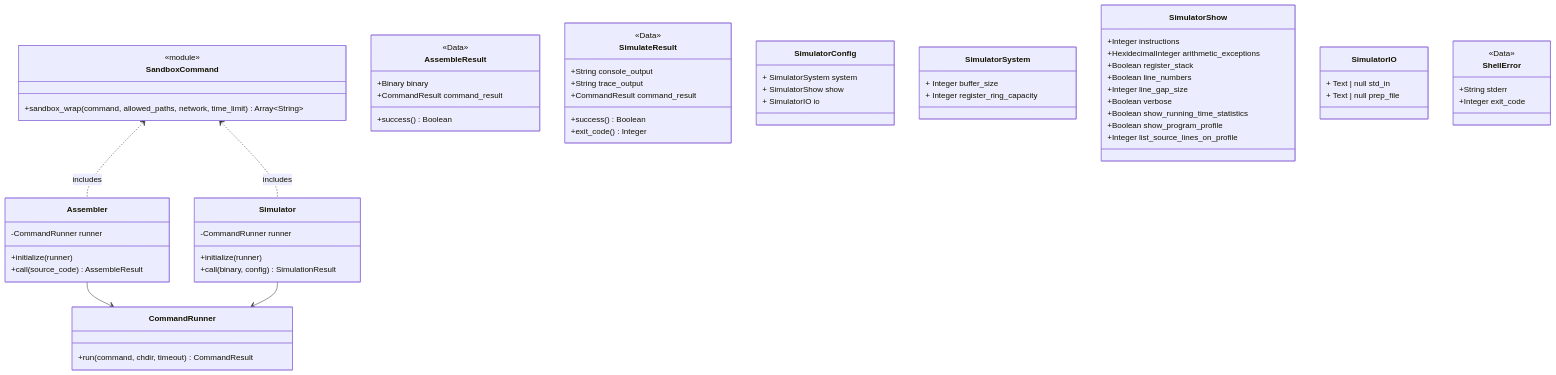
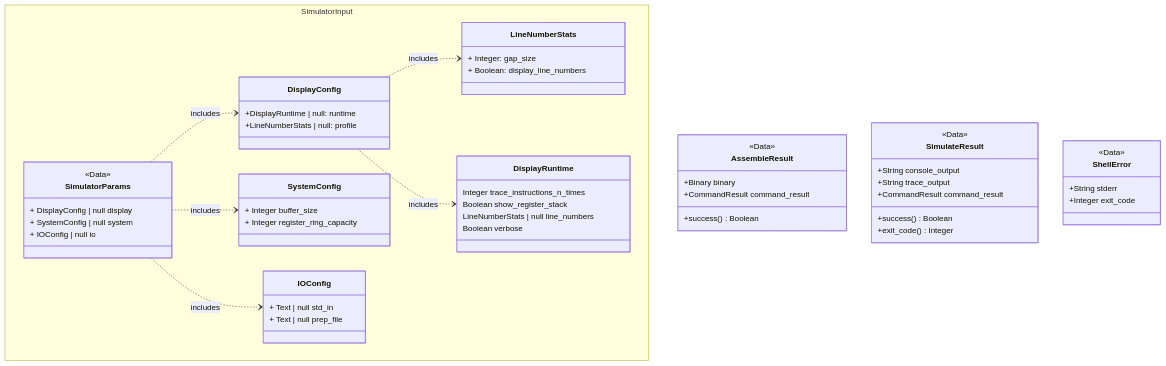
The second of 6 diagrams in docs/service_architecture.md (Wirt4/mmix-simulator), drawn with Mermaid before and after one commit.

Commit message:
split class diagrams for readibility

````diff
--- a/docs/service_architecture.md
+++ b/docs/service_architecture.md
@@ -13,80 +45,70 @@
 ```mermaid
 classDiagram
 direction TB
-    class SandboxCommand {
-	    +sandbox_wrap(command, allowed_paths, network, time_limit) Array~String~
+	namespace SimulatorInput{
+
+	class SimulatorParams {
+		+ DisplayConfig | null display
+		+ SystemConfig | null system
+		+ IOConfig | null io
     }
 
+    class SystemConfig {
+	    + Integer buffer_size
+        + Integer register_ring_capacity
+	}
+
+    class DisplayConfig {
+		+DisplayRuntime | null: runtime
+		+LineNumberStats | null: profile
+    }
+
+	class IOConfig{
+		+ Text | null std_in
+		+ Text | null prep_file
+	}
+
+	class DisplayRuntime{
+		Integer trace_instructions_n_times
+		Boolean show_register_stack
+		LineNumberStats | null line_numbers
+		Boolean verbose
+	}
+
+	class LineNumberStats{
+		+ Integer: gap_size
+		+ Boolean: display_line_numbers
+	}
+} 
     class AssembleResult {
 	    +Binary binary
 	    +CommandResult command_result
 	    +success() Boolean
     }
 
-    class SimulateResult {
+ class SimulateResult {
 	    +String console_output
 	    +String trace_output
 	    +CommandResult command_result
 	    +success() Boolean
 	    +exit_code() Integer
     }
 
-    class CommandRunner {
-	    +run(command, chdir, timeout) CommandResult
-    }
 
-    class Assembler {
-	    -CommandRunner runner
-	    +initialize(runner)
-	    +call(source_code) AssembleResult
-    }
-
-    class Simulator {
-	    -CommandRunner runner
-	    +initialize(runner)
-	    +call(binary, config) SimulationResult
-    }
-
-	class SimulatorConfig {
-		+ SimulatorSystem system
-		+ SimulatorShow show
-		+ SimulatorIO io
-    }
-
-    class SimulatorSystem {
-	    + Integer buffer_size
-        + Integer register_ring_capacity
-	}
-
-    class SimulatorShow {
-		+Integer instructions
-        +HexidecimalInteger arithmetic_exceptions
-        +Boolean register_stack
-		+Boolean line_numbers
-		+Integer line_gap_size
-		+Boolean verbose
-        +Boolean show_running_time_statistics
-		+Boolean show_program_profile
-        +Integer list_source_lines_on_profile
-    }
-
-	class SimulatorIO{
-		+ Text | null std_in
-		+ Text | null prep_file
-	}
-   
     class ShellError {
 	    +String stderr
 	    +Integer exit_code
     }
 
 	<<Data>>   ShellError
-	<<module>> SandboxCommand
 	<<Data>> AssembleResult
 	<<Data>> SimulateResult
+	<<Data>> SimulatorParams
 
-    Assembler --> CommandRunner
-    Simulator --> CommandRunner
-    SandboxCommand <.. Assembler : includes
-    SandboxCommand <.. Simulator : includes
+    SimulatorParams ..> DisplayConfig : includes
+    SimulatorParams ..> SystemConfig : includes
+    SimulatorParams ..> IOConfig : includes
+    DisplayConfig ..> LineNumberStats : includes
+    DisplayConfig ..> DisplayRuntime: includes
+    
 ```
````
